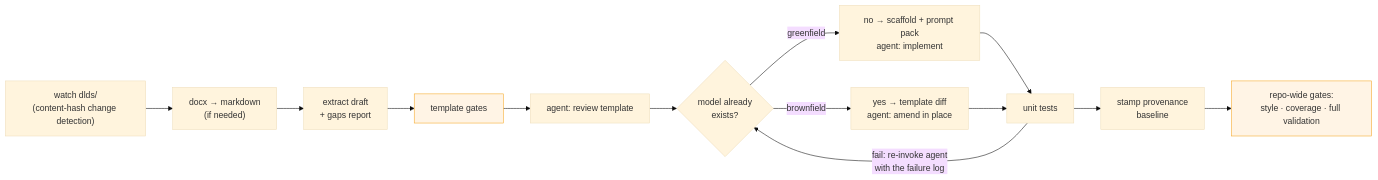
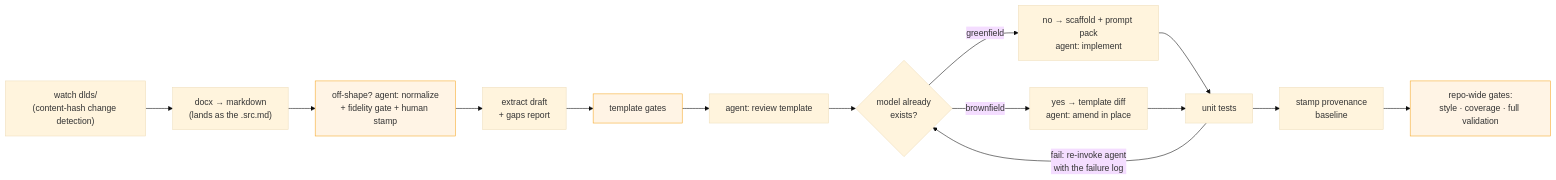
Before and after one commit to kushkumar16/ip_model_automation: the seventh of 9 diagrams in docs/project_overview.md, drawn with Mermaid (base theme). The commit also changed other lines of this file and 8 other files, not shown here.

First line of the commit message:
Sync the docs and diagrams with the normalization stage

````diff
--- a/docs/project_overview.md
+++ b/docs/project_overview.md
@@ -497,22 +552,23 @@
 ```mermaid
 flowchart LR
     WATCH["watch dlds/<br/>(content-hash change detection)"]
-    CONV["docx → markdown<br/>(if needed)"]
+    CONV["docx → markdown<br/>(lands as the .src.md)"]
+    NORM["off-shape? agent: normalize<br/>+ fidelity gate + human stamp"]
     EXT["extract draft<br/>+ gaps report"]
     GATES["template gates"]
     REVIEW["agent: review template"]
     FORK{"model already<br/>exists?"}
     GEN["no → scaffold + prompt pack<br/>agent: implement"]
     AMEND["yes → template diff<br/>agent: amend in place"]
     TESTS["unit tests"]
     STAMP["stamp provenance<br/>baseline"]
     REPO["repo-wide gates:<br/>style · coverage · full validation"]
 
-    WATCH --> CONV --> EXT --> GATES --> REVIEW --> FORK
+    WATCH --> CONV --> NORM --> EXT --> GATES --> REVIEW --> FORK
     FORK -->|greenfield| GEN --> TESTS
     FORK -->|brownfield| AMEND --> TESTS
     TESTS --> STAMP --> REPO
     TESTS -->|fail: re-invoke agent<br/>with the failure log| FORK
     classDef gate fill:#fff4e5,stroke:#f5a623;
-    class GATES,REPO gate;
+    class GATES,NORM,REPO gate;
 ```
````
